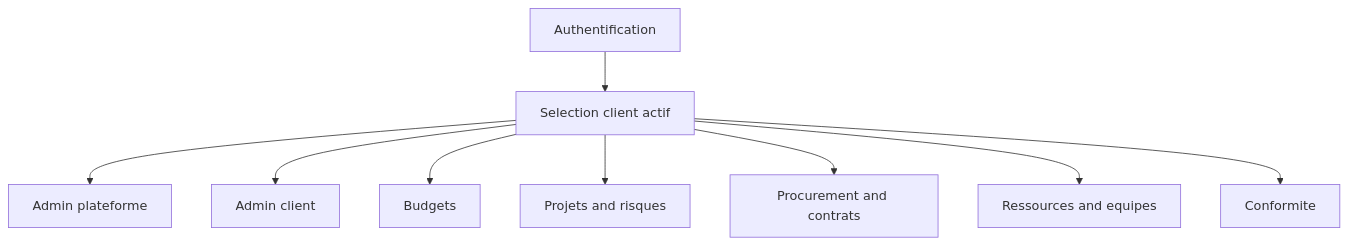
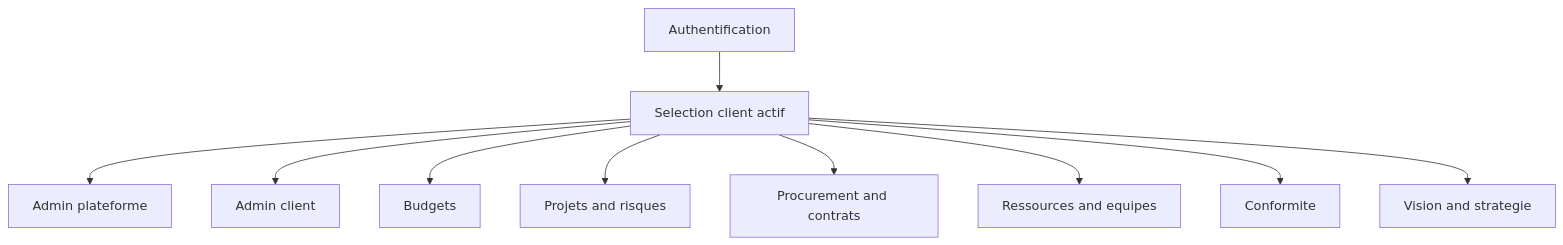
The diagram in docs/MANUEL-UTILISATEUR.md (StephaneAtlani/starium-Orchestra), drawn with Mermaid before and after one commit. The commit also changed other lines of this file and 10 other files, not shown here.

First line of the commit message:
feat(strategic-direction-strategy): enhance axis selection and contribution management in schema page

````diff
--- a/docs/MANUEL-UTILISATEUR.md
+++ b/docs/MANUEL-UTILISATEUR.md
@@ -76,11 +77,12 @@
 ```mermaid
 flowchart TD
 auth[Authentification] --> client[Selection client actif]
 client --> adminPlat[Admin plateforme]
 client --> adminClient[Admin client]
 client --> budgets[Budgets]
 client --> projects[Projets and risques]
 client --> procurement[Procurement and contrats]
 client --> teams[Ressources and equipes]
 client --> compliance[Conformite]
+client --> strategy[Vision and strategie]
 ```
````
